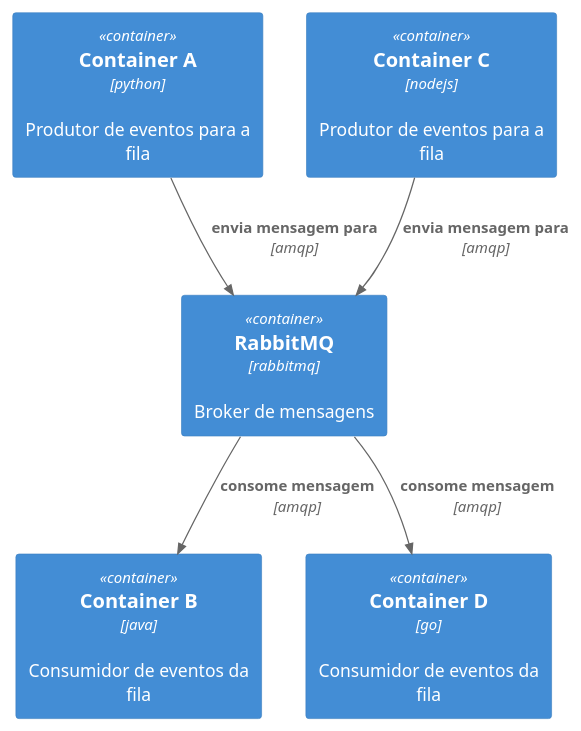
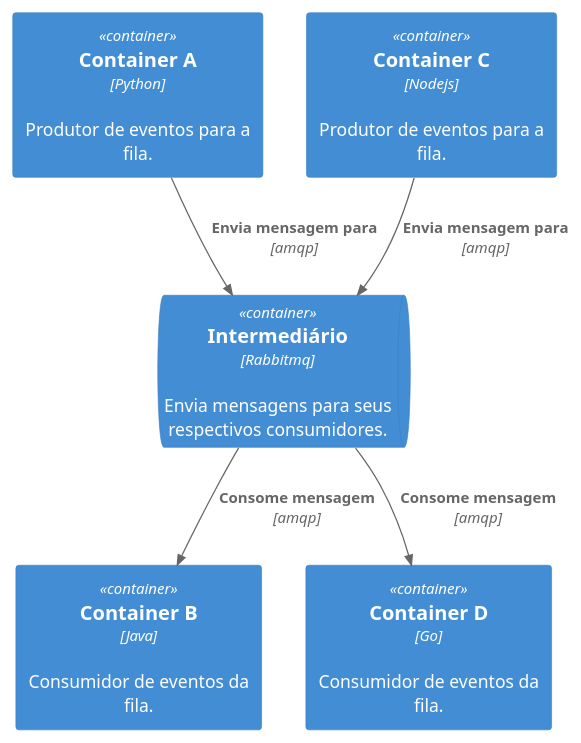
The diagram in hidden.puml (cassiobotaro/modeloC4), drawn with PlantUML before and after one commit. The commit also changed 6 other files, not shown here.

```diff
--- a/hidden.puml
+++ b/hidden.puml
@@ -1,14 +1,14 @@
 @startuml Hidden
 !include https://raw.githubusercontent.com/plantuml-stdlib/C4-PlantUML/master/C4_Container.puml
 
-Container(A, "Container A", "python", "Produtor de eventos para a fila")
-Container(B, "Container B", "java", "Consumidor de eventos da fila")
-Container(C, "Container C", "nodejs", "Produtor de eventos para a fila")
-Container(middle, "RabbitMQ", "rabbitmq", "Broker de mensagens")
-Container(D, "Container D", "go", "Consumidor de eventos da fila")
+Container(A, "Container A", "Python", "Produtor de eventos para a fila.")
+Container(B, "Container B", "Java", "Consumidor de eventos da fila.")
+Container(C, "Container C", "Nodejs", "Produtor de eventos para a fila.")
+ContainerQueue(middle, "Intermediário", "Rabbitmq", "Envia mensagens para seus respectivos consumidores.")
+Container(D, "Container D", "Go", "Consumidor de eventos da fila.")
 
-Rel(A, middle, "envia mensagem para", "amqp")
-Rel(C, middle, "envia mensagem para", "amqp")
-Rel(middle, B, "consome mensagem", "amqp")
-Rel(middle, D, "consome mensagem", "amqp")
+Rel(A, middle, "Envia mensagem para", "amqp")
+Rel(C, middle, "Envia mensagem para", "amqp")
+Rel(middle, B, "Consome mensagem", "amqp")
+Rel(middle, D, "Consome mensagem", "amqp")
 @enduml
```
